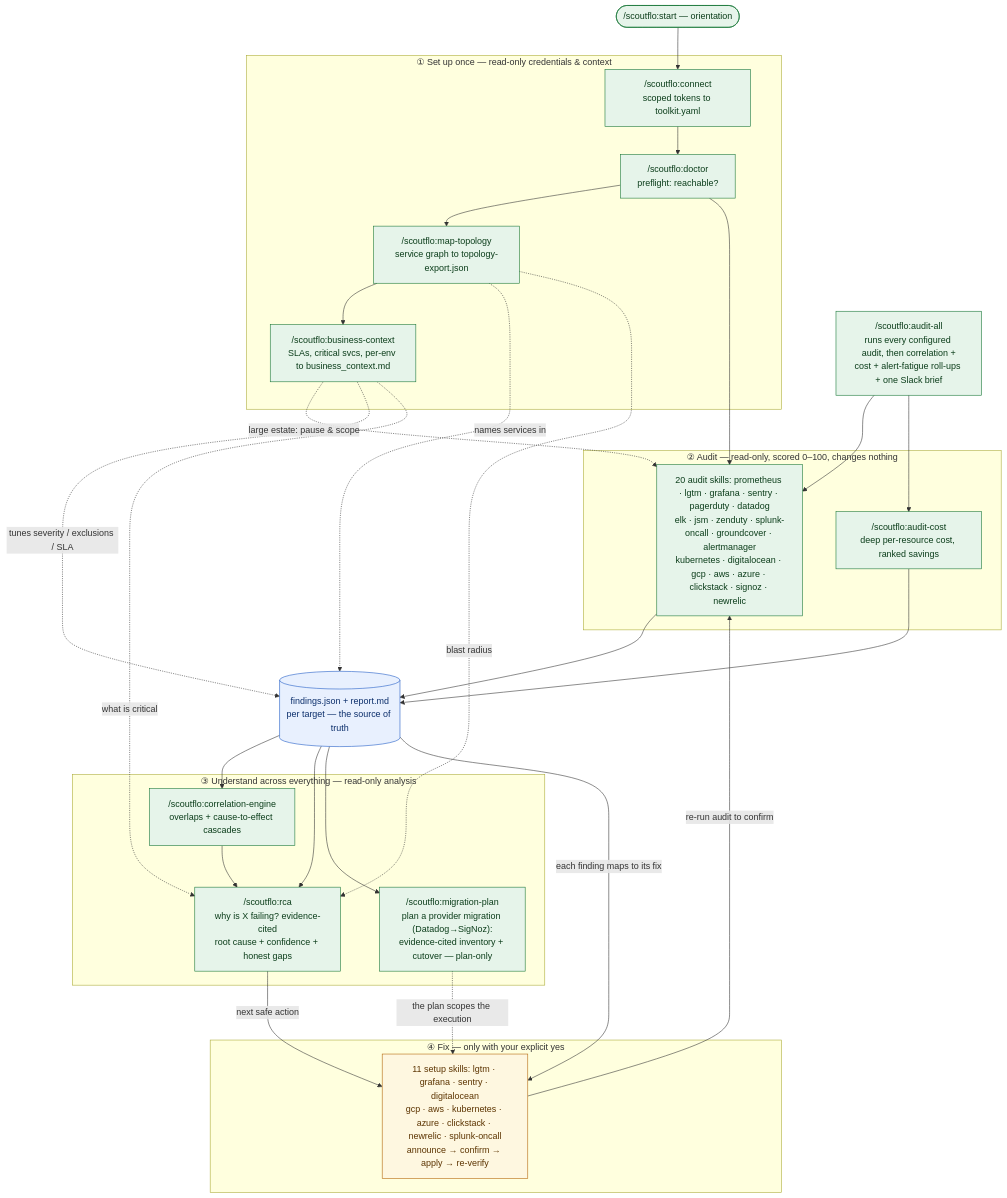
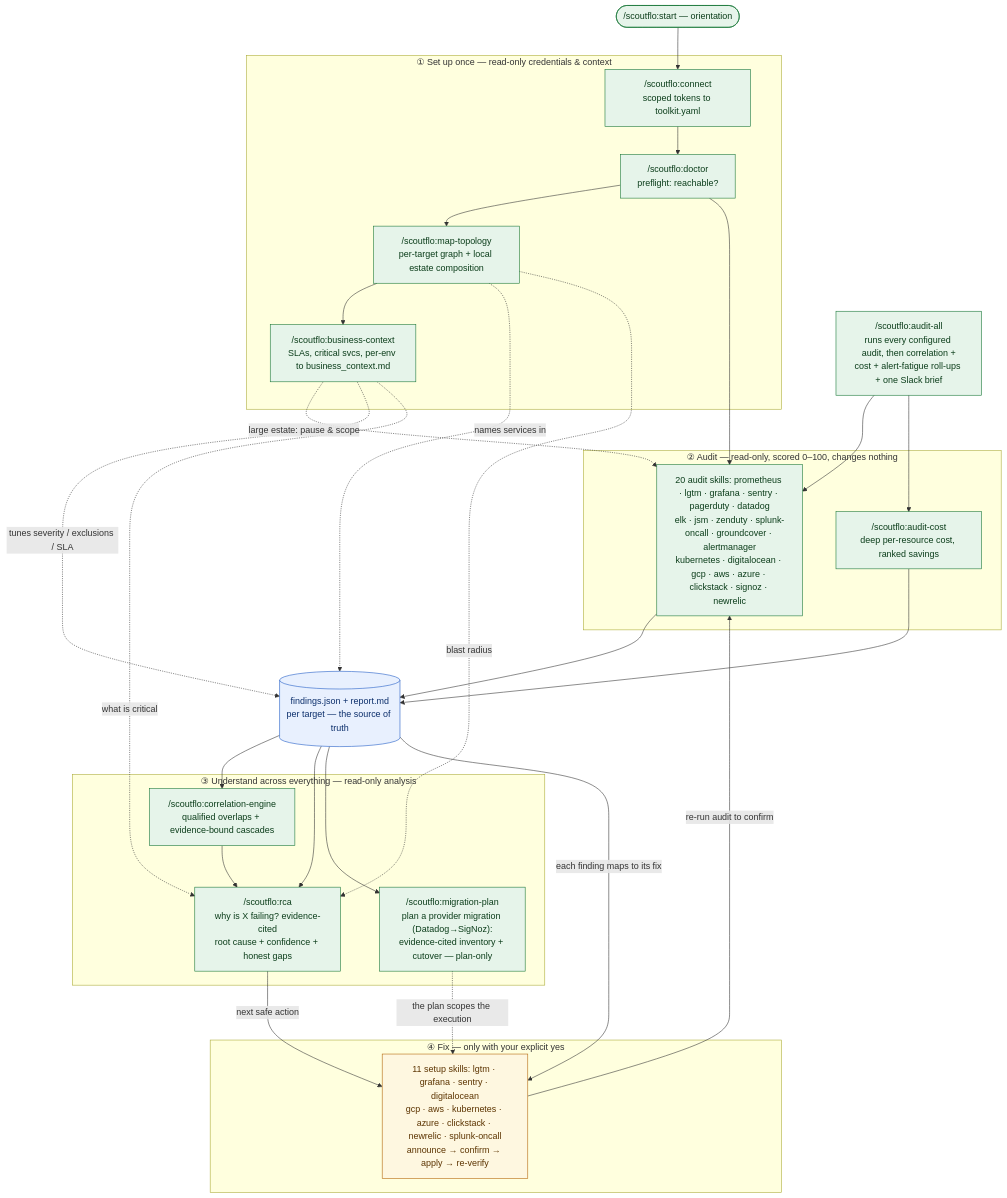
Before and after one commit to Scoutflo/ai-readiness: the diagram in README.md, drawn with Mermaid. The commit also changed other lines of this file and 163 other files, not shown here.

````diff
--- a/README.md
+++ b/README.md
@@ -20,57 +20,57 @@
 ```mermaid
 flowchart TD
     start(["/scoutflo:start — orientation"])
 
     subgraph SETUP["① Set up once — read-only credentials & context"]
         connect["/scoutflo:connect<br/>scoped tokens to toolkit.yaml"]
         doctor["/scoutflo:doctor<br/>preflight: reachable?"]
-        topo["/scoutflo:map-topology<br/>service graph to topology-export.json"]
+        topo["/scoutflo:map-topology<br/>per-target graph + local estate composition"]
         bctx["/scoutflo:business-context<br/>SLAs, critical svcs, per-env to business_context.md"]
     end
 
     subgraph AUDIT["② Audit — read-only, scored 0–100, changes nothing"]
         aud["20 audit skills: prometheus · lgtm · grafana · sentry · pagerduty · datadog<br/>elk · jsm · zenduty · splunk-oncall · groundcover · alertmanager<br/>kubernetes · digitalocean · gcp · aws · azure · clickstack · signoz · newrelic"]
         cost["/scoutflo:audit-cost<br/>deep per-resource cost, ranked savings"]
     end
 
     all["/scoutflo:audit-all<br/>runs every configured audit, then correlation +<br/>cost + alert-fatigue roll-ups + one Slack brief"]
     findings[("findings.json + report.md<br/>per target — the source of truth")]
 
     subgraph CORRELATE["③ Understand across everything — read-only analysis"]
-        corr["/scoutflo:correlation-engine<br/>overlaps + cause-to-effect cascades"]
+        corr["/scoutflo:correlation-engine<br/>qualified overlaps + evidence-bound cascades"]
         rca["/scoutflo:rca<br/>why is X failing? evidence-cited<br/>root cause + confidence + honest gaps"]
         mig["/scoutflo:migration-plan<br/>plan a provider migration (Datadog→SigNoz):<br/>evidence-cited inventory + cutover — plan-only"]
     end
 
     subgraph FIX["④ Fix — only with your explicit yes"]
         setup["11 setup skills: lgtm · grafana · sentry · digitalocean<br/>gcp · aws · kubernetes · azure · clickstack · newrelic · splunk-oncall<br/>announce → confirm → apply → re-verify"]
     end
 
     start --> connect --> doctor
     doctor --> topo --> bctx
     bctx -.->|large estate: pause & scope| aud
     doctor --> aud
     aud --> findings
     cost --> findings
     all --> aud
     all --> cost
     topo -. names services in .-> findings
     bctx -. tunes severity / exclusions / SLA .-> findings
     findings --> corr
     corr --> rca
     topo -. blast radius .-> rca
     bctx -. what is critical .-> rca
     findings --> rca
     findings --> mig
     mig -.->|the plan scopes the execution| setup
     rca -->|next safe action| setup
     findings -->|each finding maps to its fix| setup
     setup -->|re-run audit to confirm| aud
 
     classDef ro fill:#e6f4ea,stroke:#137333,color:#0b3d1a;
     classDef write fill:#fef7e0,stroke:#b06000,color:#5c3400;
     classDef data fill:#e8f0fe,stroke:#1a56c4,color:#0b2e6b;
     class start,connect,doctor,topo,bctx,aud,cost,all,corr,rca,mig ro;
     class setup write;
     class findings data;
 ```
````
